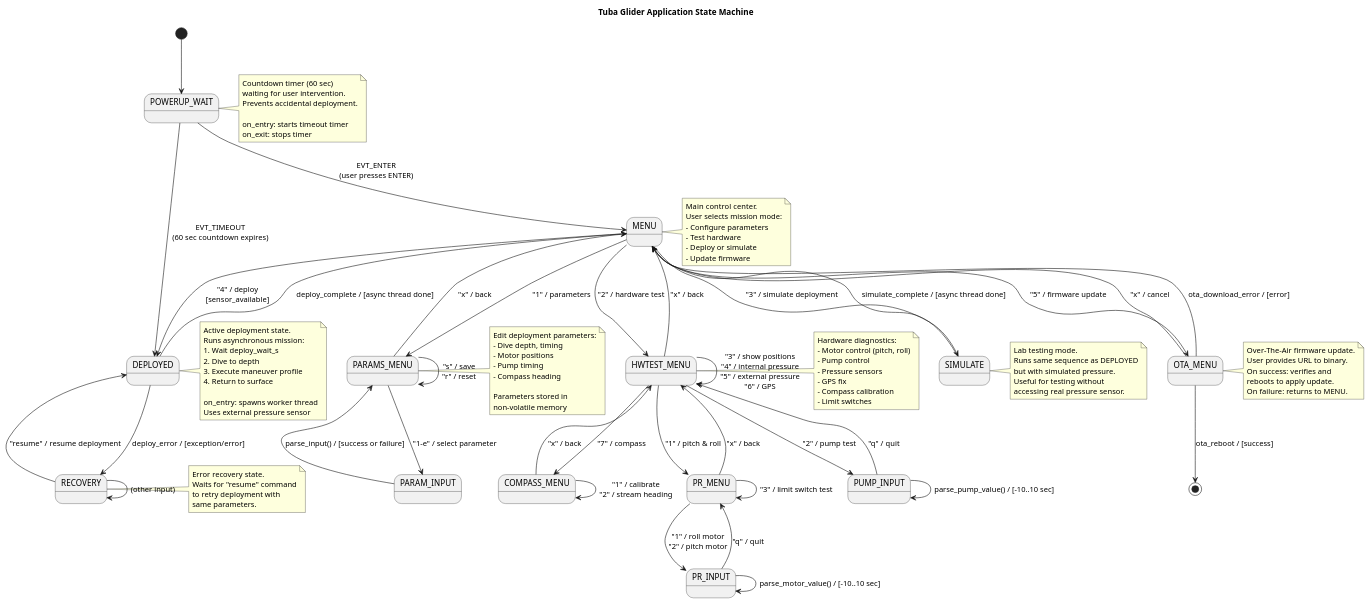
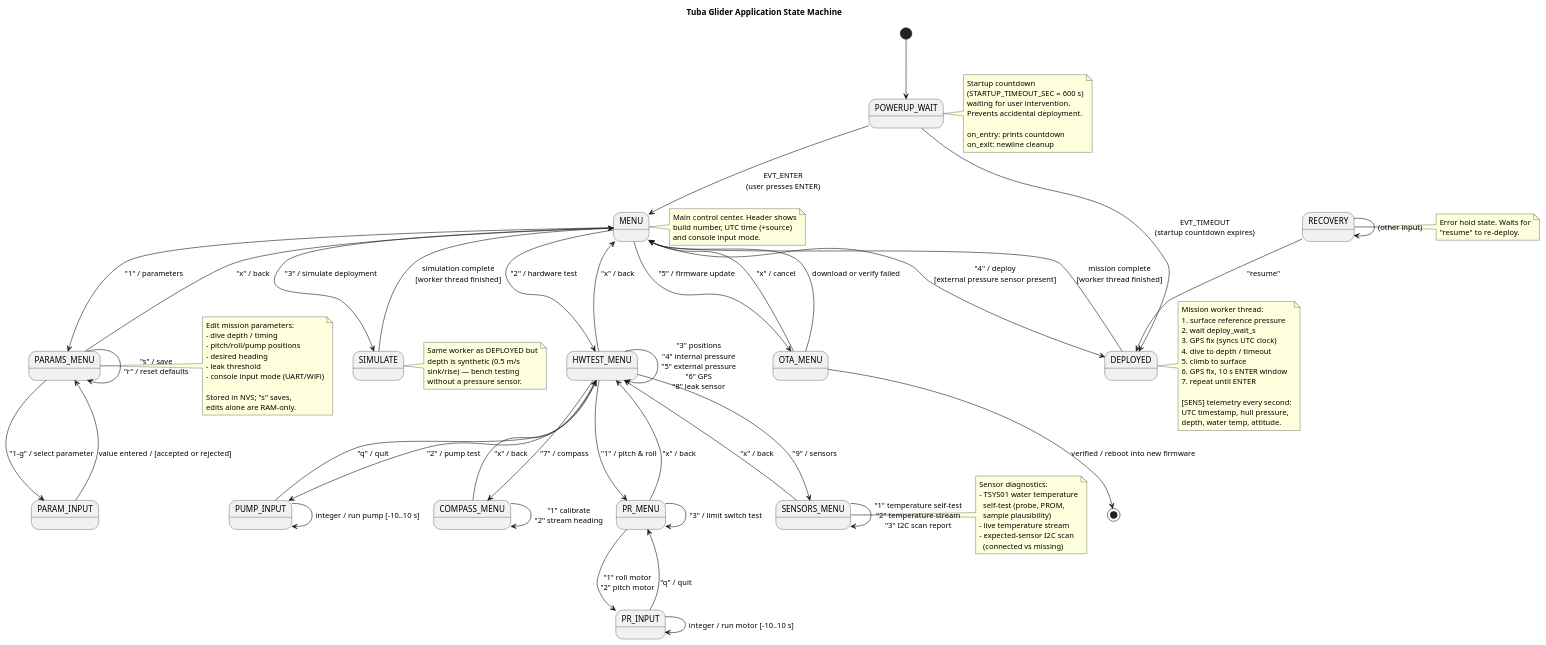
The diagram in tuba_state_machine.puml (e-abdi/tuba-firmware), drawn with PlantUML before and after one commit. The commit also changed 41 other files, not shown here.

```diff
--- a/tuba_state_machine.puml
+++ b/tuba_state_machine.puml
@@ -1,126 +1,120 @@
 @startuml Tuba_Glider_State_Machine
 title Tuba Glider Application State Machine
 
 [*] --> POWERUP_WAIT
 
 POWERUP_WAIT --> MENU: EVT_ENTER\n(user presses ENTER)
-POWERUP_WAIT --> DEPLOYED: EVT_TIMEOUT\n(60 sec countdown expires)
+POWERUP_WAIT --> DEPLOYED: EVT_TIMEOUT\n(startup countdown expires)
 
 MENU --> PARAMS_MENU: "1" / parameters
 MENU --> HWTEST_MENU: "2" / hardware test
 MENU --> SIMULATE: "3" / simulate deployment
-MENU --> DEPLOYED: "4" / deploy\n[sensor_available]
+MENU --> DEPLOYED: "4" / deploy\n[external pressure sensor present]
 MENU --> OTA_MENU: "5" / firmware update
 
-PARAMS_MENU --> PARAM_INPUT: "1-e" / select parameter
-PARAMS_MENU --> PARAMS_MENU: "s" / save\n"r" / reset
+PARAMS_MENU --> PARAM_INPUT: "1-g" / select parameter
+PARAMS_MENU --> PARAMS_MENU: "s" / save\n"r" / reset defaults
 PARAMS_MENU --> MENU: "x" / back
 
-PARAM_INPUT --> PARAMS_MENU: parse_input() / [success or failure]
+PARAM_INPUT --> PARAMS_MENU: value entered / [accepted or rejected]
 
 HWTEST_MENU --> PR_MENU: "1" / pitch & roll
 HWTEST_MENU --> PUMP_INPUT: "2" / pump test
-HWTEST_MENU --> HWTEST_MENU: "3" / show positions\n"4" / internal pressure\n"5" / external pressure\n"6" / GPS
+HWTEST_MENU --> HWTEST_MENU: "3" positions\n"4" internal pressure\n"5" external pressure\n"6" GPS\n"8" leak sensor
 HWTEST_MENU --> COMPASS_MENU: "7" / compass
+HWTEST_MENU --> SENSORS_MENU: "9" / sensors
 HWTEST_MENU --> MENU: "x" / back
 
-PR_MENU --> PR_INPUT: "1" / roll motor\n"2" / pitch motor
+SENSORS_MENU --> SENSORS_MENU: "1" temperature self-test\n"2" temperature stream\n"3" I2C scan report
+SENSORS_MENU --> HWTEST_MENU: "x" / back
+
+PR_MENU --> PR_INPUT: "1" roll motor\n"2" pitch motor
 PR_MENU --> PR_MENU: "3" / limit switch test
 PR_MENU --> HWTEST_MENU: "x" / back
 
-PR_INPUT --> PR_INPUT: parse_motor_value() / [-10..10 sec]
+PR_INPUT --> PR_INPUT: integer / run motor [-10..10 s]
 PR_INPUT --> PR_MENU: "q" / quit
 
-PUMP_INPUT --> PUMP_INPUT: parse_pump_value() / [-10..10 sec]
+PUMP_INPUT --> PUMP_INPUT: integer / run pump [-10..10 s]
 PUMP_INPUT --> HWTEST_MENU: "q" / quit
 
-COMPASS_MENU --> COMPASS_MENU: "1" / calibrate\n"2" / stream heading
+COMPASS_MENU --> COMPASS_MENU: "1" calibrate\n"2" stream heading
 COMPASS_MENU --> HWTEST_MENU: "x" / back
 
 OTA_MENU --> MENU: "x" / cancel
-OTA_MENU --> MENU: ota_download_error / [error]
-OTA_MENU --> [*]: ota_reboot / [success]
+OTA_MENU --> MENU: download or verify failed
+OTA_MENU --> [*]: verified / reboot into new firmware
 
-DEPLOYED --> MENU: deploy_complete / [async thread done]
-DEPLOYED --> RECOVERY: deploy_error / [exception/error]
+DEPLOYED --> MENU: mission complete\n[worker thread finished]
 
-SIMULATE --> MENU: simulate_complete / [async thread done]
+SIMULATE --> MENU: simulation complete\n[worker thread finished]
 
-RECOVERY --> DEPLOYED: "resume" / resume deployment
+RECOVERY --> DEPLOYED: "resume"
 RECOVERY --> RECOVERY: (other input)
 
 note right of POWERUP_WAIT
-    Countdown timer (60 sec)
+    Startup countdown
+    (STARTUP_TIMEOUT_SEC = 600 s)
     waiting for user intervention.
     Prevents accidental deployment.
-    
-    on_entry: starts timeout timer
-    on_exit: stops timer
+
+    on_entry: prints countdown
+    on_exit: newline cleanup
 end note
 
 note right of MENU
-    Main control center.
-    User selects mission mode:
-    - Configure parameters
-    - Test hardware
-    - Deploy or simulate
-    - Update firmware
+    Main control center. Header shows
+    build number, UTC time (+source)
+    and console input mode.
 end note
 
 note right of PARAMS_MENU
-    Edit deployment parameters:
-    - Dive depth, timing
-    - Motor positions
-    - Pump timing
-    - Compass heading
-    
-    Parameters stored in
-    non-volatile memory
+    Edit mission parameters:
+    - dive depth / timing
+    - pitch/roll/pump positions
+    - desired heading
+    - leak threshold
+    - console input mode (UART/WiFi)
+
+    Stored in NVS; "s" saves,
+    edits alone are RAM-only.
 end note
 
-note right of HWTEST_MENU
-    Hardware diagnostics:
-    - Motor control (pitch, roll)
-    - Pump control
-    - Pressure sensors
-    - GPS fix
-    - Compass calibration
-    - Limit switches
+note right of SENSORS_MENU
+    Sensor diagnostics:
+    - TSYS01 water temperature
+      self-test (probe, PROM,
+      sample plausibility)
+    - live temperature stream
+    - expected-sensor I2C scan
+      (connected vs missing)
 end note
 
 note right of DEPLOYED
-    Active deployment state.
-    Runs asynchronous mission:
-    1. Wait deploy_wait_s
-    2. Dive to depth
-    3. Execute maneuver profile
-    4. Return to surface
-    
-    on_entry: spawns worker thread
-    Uses external pressure sensor
+    Mission worker thread:
+    1. surface reference pressure
+    2. wait deploy_wait_s
+    3. GPS fix (syncs UTC clock)
+    4. dive to depth / timeout
+    5. climb to surface
+    6. GPS fix, 10 s ENTER window
+    7. repeat until ENTER
+
+    [SENS] telemetry every second:
+    UTC timestamp, hull pressure,
+    depth, water temp, attitude.
 end note
 
 note right of SIMULATE
-    Lab testing mode.
-    Runs same sequence as DEPLOYED
-    but with simulated pressure.
-    Useful for testing without
-    accessing real pressure sensor.
+    Same worker as DEPLOYED but
+    depth is synthetic (0.5 m/s
+    sink/rise) — bench testing
+    without a pressure sensor.
 end note
 
 note right of RECOVERY
-    Error recovery state.
-    Waits for "resume" command
-    to retry deployment with
-    same parameters.
-end note
-
-note right of OTA_MENU
-    Over-The-Air firmware update.
-    User provides URL to binary.
-    On success: verifies and
-    reboots to apply update.
-    On failure: returns to MENU.
+    Error hold state. Waits for
+    "resume" to re-deploy.
 end note
 
 @enduml
```
